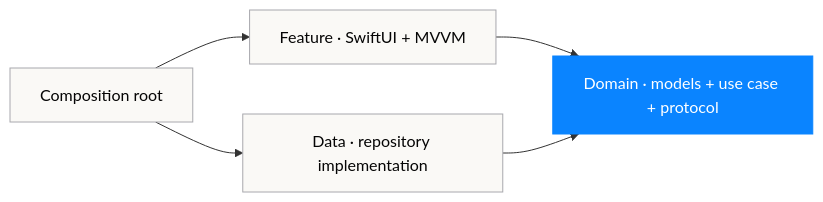
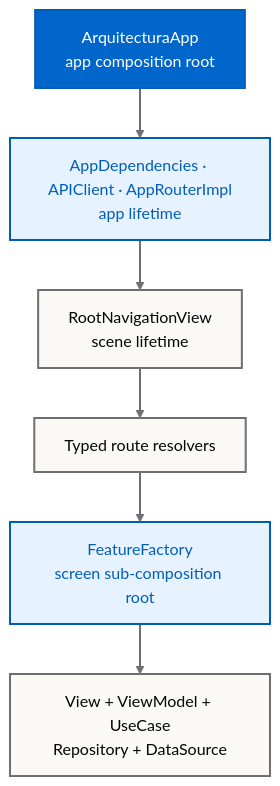
The first of 2 diagrams in README.md (magnoscg/ios-architecture-reference), drawn with Mermaid before and after one commit. The commit also changed other lines of this file and 274 other files, not shown here.

Commit message:
feat: publish real iOS architecture reference

````diff
--- a/README.md
+++ b/README.md
@@ -30,12 +44,16 @@
 ```mermaid
-flowchart LR
-    App["Composition root"] --> Feature["Feature · SwiftUI + MVVM"]
-    App --> Data["Data · repository implementation"]
-    Feature --> Domain["Domain · models + use case + protocol"]
-    Data --> Domain
+flowchart TB
+    App["ArquitecturaApp<br/>app composition root"] --> Lifetime["AppDependencies · APIClient · AppRouterImpl<br/>app lifetime"]
+    Lifetime --> Root["RootNavigationView<br/>scene lifetime"]
+    Root --> Resolver["Typed route resolvers"]
+    Resolver --> Factory["FeatureFactory<br/>screen sub-composition root"]
+    Factory --> Graph["View + ViewModel + UseCase<br/>Repository + DataSource"]
 
-    classDef domain fill:#0A84FF,color:#fff,stroke:#0A84FF;
-    classDef outer fill:#FAF9F6,color:#050505,stroke:#A8A8AD;
-    class Domain domain;
-    class App,Feature,Data outer;
+    classDef primary fill:#0066CC,color:#FFFFFF,stroke:#005EB8,stroke-width:2px;
+    classDef secondary fill:#E6F2FF,color:#005EB8,stroke:#005EB8,stroke-width:2px;
+    classDef neutral fill:#FAF9F6,color:#050505,stroke:#6E6E73,stroke-width:2px;
+    class App primary;
+    class Lifetime,Factory secondary;
+    class Root,Resolver,Graph neutral;
+    linkStyle default stroke:#6E6E73,stroke-width:2px;
 ```
````
